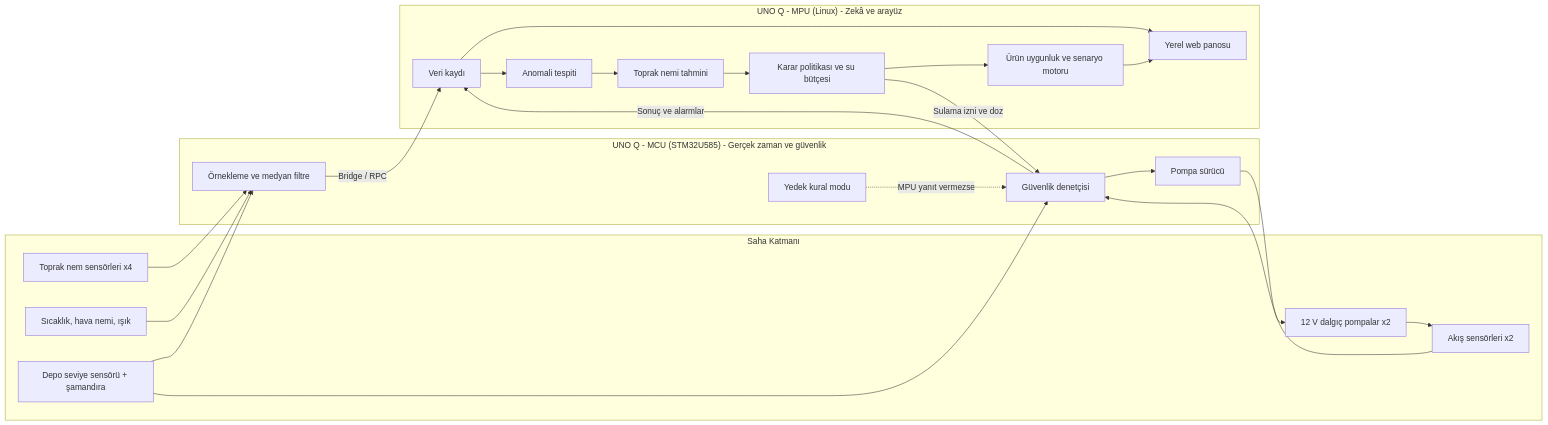
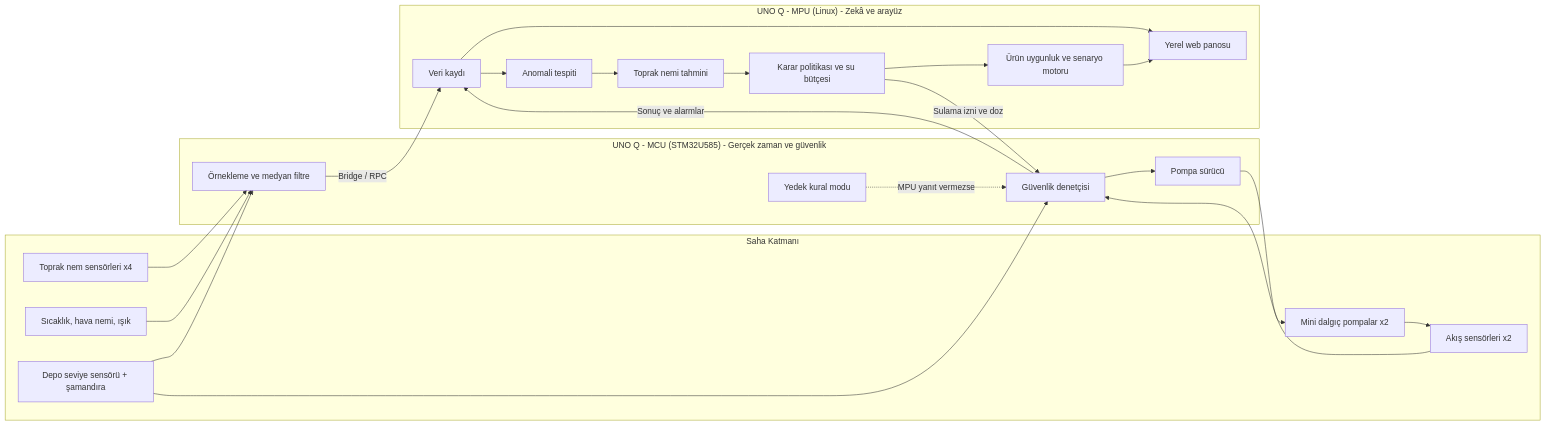
Before and after one commit to Berceste-Team/Su-z: the first of 3 diagrams in README.md, drawn with Mermaid. The commit also changed other lines of this file and 1 other file, not shown here.

````diff
--- a/README.md
+++ b/README.md
@@ -187,45 +187,45 @@
 ```mermaid
 flowchart LR
     subgraph SAHA["Saha Katmanı"]
         SOIL["Toprak nem sensörleri x4"]
         ENV["Sıcaklık, hava nemi, ışık"]
         LVL["Depo seviye sensörü + şamandıra"]
         FLOW["Akış sensörleri x2"]
-        PUMP["12 V dalgıç pompalar x2"]
+        PUMP["Mini dalgıç pompalar x2"]
     end
 
     subgraph MCU["UNO Q - MCU (STM32U585) - Gerçek zaman ve güvenlik"]
         READ["Örnekleme ve medyan filtre"]
         SAFE["Güvenlik denetçisi"]
         DRIVE["Pompa sürücü"]
         BACKUP["Yedek kural modu"]
     end
 
     subgraph MPU["UNO Q - MPU (Linux) - Zekâ ve arayüz"]
         LOG["Veri kaydı"]
         ANOM["Anomali tespiti"]
         FORE["Toprak nemi tahmini"]
         POLICY["Karar politikası ve su bütçesi"]
         CROP["Ürün uygunluk ve senaryo motoru"]
         DASH["Yerel web panosu"]
     end
 
     SOIL --> READ
     ENV --> READ
     LVL --> READ
     LVL --> SAFE
     FLOW --> SAFE
     READ -->|"Bridge / RPC"| LOG
     LOG --> ANOM
     ANOM --> FORE
     FORE --> POLICY
     POLICY --> CROP
     POLICY -->|"Sulama izni ve doz"| SAFE
     SAFE --> DRIVE
     DRIVE --> PUMP
     PUMP --> FLOW
     SAFE -->|"Sonuç ve alarmlar"| LOG
     BACKUP -.->|"MPU yanıt vermezse"| SAFE
     LOG --> DASH
     CROP --> DASH
 ```
````
